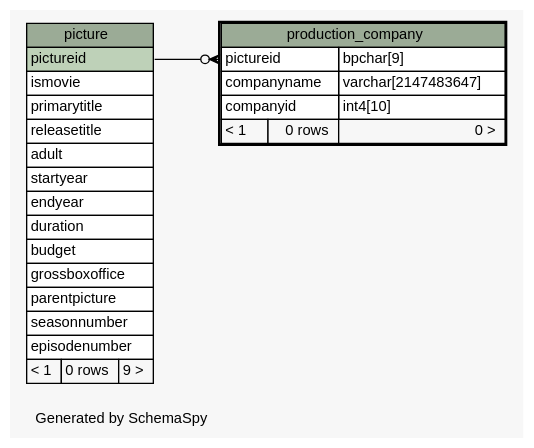
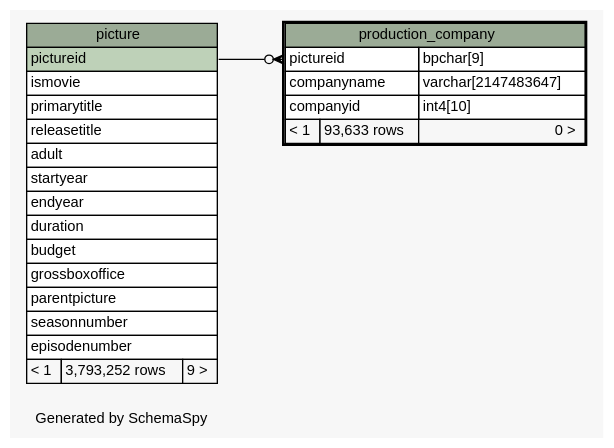
Before and after one commit to sipian/CS3563-DBMS: the diagram in populating-tables/schemaspy/diagrams/production_company.1degree.dot, drawn with Graphviz. The commit also changed 65 other files, not shown here.

```diff
--- a/populating-tables/schemaspy/diagrams/production_company.1degree.dot
+++ b/populating-tables/schemaspy/diagrams/production_company.1degree.dot
@@ -1,57 +1,57 @@
 // dot 2.38.0 on Linux 4.13.0-32-generic
 // SchemaSpy rev 590
 digraph "oneDegreeRelationshipsDiagram" {
   graph [
     rankdir="RL"
     bgcolor="#f7f7f7"
     label="\nGenerated by SchemaSpy"
     labeljust="l"
     nodesep="0.18"
     ranksep="0.46"
     fontname="Helvetica"
     fontsize="11"
   ];
   node [
     fontname="Helvetica"
     fontsize="11"
     shape="plaintext"
   ];
   edge [
     arrowsize="0.8"
   ];
   "production_company":"pictureid":w -> "picture":"pictureid":e [arrowhead=none dir=back arrowtail=crowodot];
   "picture" [
     label=<
     <TABLE BORDER="0" CELLBORDER="1" CELLSPACING="0" BGCOLOR="#ffffff">
       <TR><TD COLSPAN="3" BGCOLOR="#9bab96" ALIGN="CENTER">picture</TD></TR>
       <TR><TD PORT="pictureid" COLSPAN="3" BGCOLOR="#bed1b8" ALIGN="LEFT">pictureid</TD></TR>
       <TR><TD PORT="ismovie" COLSPAN="3" ALIGN="LEFT">ismovie</TD></TR>
       <TR><TD PORT="primarytitle" COLSPAN="3" ALIGN="LEFT">primarytitle</TD></TR>
       <TR><TD PORT="releasetitle" COLSPAN="3" ALIGN="LEFT">releasetitle</TD></TR>
       <TR><TD PORT="adult" COLSPAN="3" ALIGN="LEFT">adult</TD></TR>
       <TR><TD PORT="startyear" COLSPAN="3" ALIGN="LEFT">startyear</TD></TR>
       <TR><TD PORT="endyear" COLSPAN="3" ALIGN="LEFT">endyear</TD></TR>
       <TR><TD PORT="duration" COLSPAN="3" ALIGN="LEFT">duration</TD></TR>
       <TR><TD PORT="budget" COLSPAN="3" ALIGN="LEFT">budget</TD></TR>
       <TR><TD PORT="grossboxoffice" COLSPAN="3" ALIGN="LEFT">grossboxoffice</TD></TR>
       <TR><TD PORT="parentpicture" COLSPAN="3" ALIGN="LEFT">parentpicture</TD></TR>
       <TR><TD PORT="seasonnumber" COLSPAN="3" ALIGN="LEFT">seasonnumber</TD></TR>
       <TR><TD PORT="episodenumber" COLSPAN="3" ALIGN="LEFT">episodenumber</TD></TR>
-      <TR><TD ALIGN="LEFT" BGCOLOR="#f7f7f7">&lt; 1</TD><TD ALIGN="RIGHT" BGCOLOR="#f7f7f7">0 rows</TD><TD ALIGN="RIGHT" BGCOLOR="#f7f7f7">9 &gt;</TD></TR>
+      <TR><TD ALIGN="LEFT" BGCOLOR="#f7f7f7">&lt; 1</TD><TD ALIGN="RIGHT" BGCOLOR="#f7f7f7">3,793,252 rows</TD><TD ALIGN="RIGHT" BGCOLOR="#f7f7f7">9 &gt;</TD></TR>
     </TABLE>>
     URL="picture.html"
     tooltip="picture"
   ];
   "production_company" [
     label=<
     <TABLE BORDER="2" CELLBORDER="1" CELLSPACING="0" BGCOLOR="#ffffff">
       <TR><TD COLSPAN="3" BGCOLOR="#9bab96" ALIGN="CENTER">production_company</TD></TR>
       <TR><TD PORT="pictureid" COLSPAN="2" ALIGN="LEFT">pictureid</TD><TD PORT="pictureid.type" ALIGN="LEFT">bpchar[9]</TD></TR>
       <TR><TD PORT="companyname" COLSPAN="2" ALIGN="LEFT">companyname</TD><TD PORT="companyname.type" ALIGN="LEFT">varchar[2147483647]</TD></TR>
       <TR><TD PORT="companyid" COLSPAN="2" ALIGN="LEFT">companyid</TD><TD PORT="companyid.type" ALIGN="LEFT">int4[10]</TD></TR>
-      <TR><TD ALIGN="LEFT" BGCOLOR="#f7f7f7">&lt; 1</TD><TD ALIGN="RIGHT" BGCOLOR="#f7f7f7">0 rows</TD><TD ALIGN="RIGHT" BGCOLOR="#f7f7f7">0 &gt;</TD></TR>
+      <TR><TD ALIGN="LEFT" BGCOLOR="#f7f7f7">&lt; 1</TD><TD ALIGN="RIGHT" BGCOLOR="#f7f7f7">93,633 rows</TD><TD ALIGN="RIGHT" BGCOLOR="#f7f7f7">0 &gt;</TD></TR>
     </TABLE>>
     URL="production_company.html"
     tooltip="production_company"
   ];
 }
```
